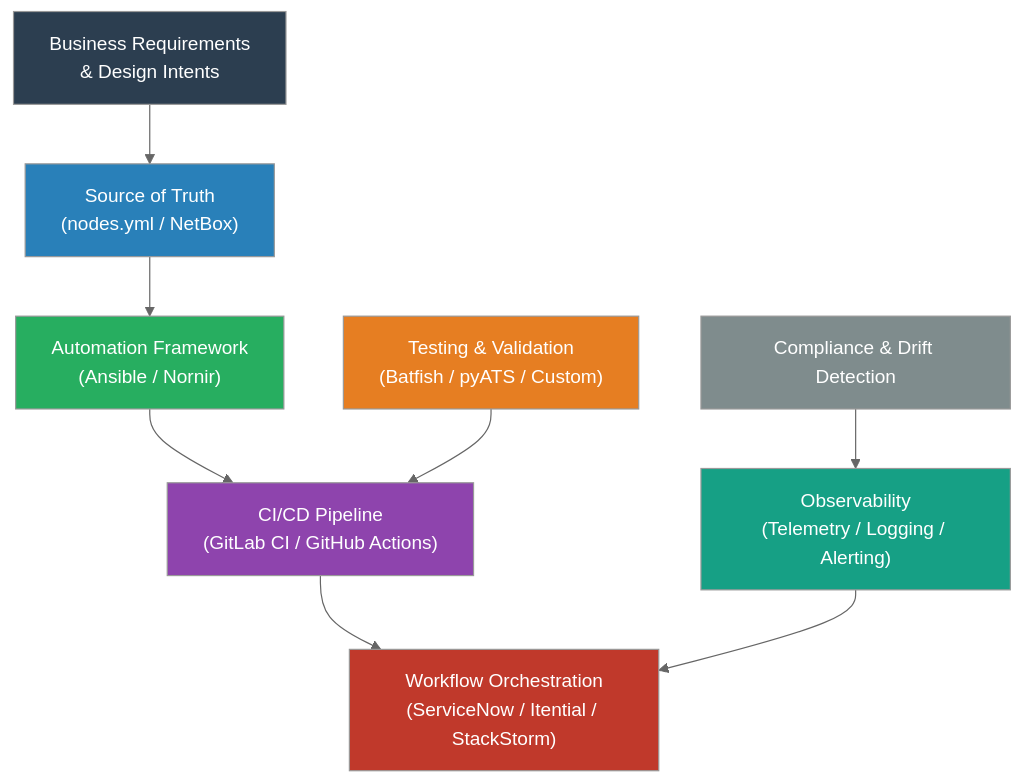
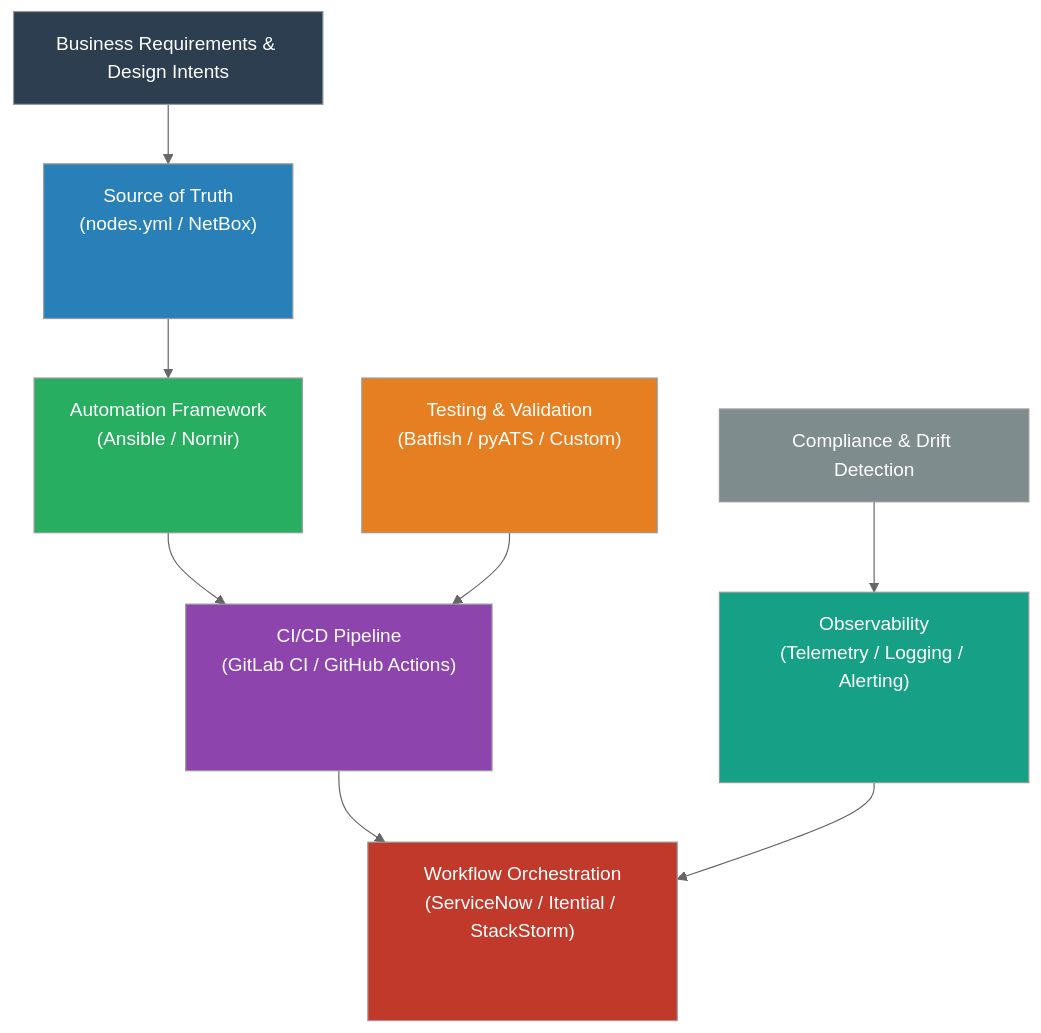
The first of 2 diagrams in 05-tooling-strategy/chapter.md (ppklau/network_automation_handbook), drawn with Mermaid (neutral theme) before and after one commit. The commit also changed 12 other files, not shown here.

Commit message:
Adjusted mermaid diagrams.

````diff
--- a/05-tooling-strategy/chapter.md
+++ b/05-tooling-strategy/chapter.md
@@ -52,28 +52,28 @@
 ```mermaid
 graph TD
-    REQ["Business Requirements<br>& Design Intents"]
-    SOT["Source of Truth<br>(nodes.yml / NetBox)"]
-    AUTO["Automation Framework<br>(Ansible / Nornir)"]
-    CICD["CI/CD Pipeline<br>(GitLab CI / GitHub Actions)"]
-    ORCH["Workflow Orchestration<br>(ServiceNow / Itential / StackStorm)"]
-    TEST["Testing & Validation<br>(Batfish / pyATS / Custom)"]
-    OBS["Observability<br>(Telemetry / Logging / Alerting)"]
+    REQ["Business Requirements & Design Intents"]
+    SOT["<div style='min-height:100px'>Source of Truth<br>(nodes.yml / NetBox)</div>"]
+    AUTO["<div style='min-height:100px'>Automation Framework<br>(Ansible / Nornir)</div>"]
+    CICD["<div style='min-height:110px'>CI/CD Pipeline<br>(GitLab CI / GitHub Actions)</div>"]
+    ORCH["<div style='min-height:120px'>Workflow Orchestration<br>(ServiceNow / Itential / StackStorm)</div>"]
+    TEST["<div style='min-height:100px'>Testing & Validation<br>(Batfish / pyATS / Custom)</div>"]
+    OBS["<div style='min-height:130px'>Observability<br>(Telemetry / Logging / Alerting)</div>"]
     SEC["Compliance & Drift Detection"]
 
     REQ --> SOT
     SOT --> AUTO
     AUTO --> CICD
     CICD --> ORCH
     TEST --> CICD
     OBS --> ORCH
     SEC --> OBS
 
     style REQ fill:#2c3e50,color:#fff
     style SOT fill:#2980b9,color:#fff
     style AUTO fill:#27ae60,color:#fff
     style CICD fill:#8e44ad,color:#fff
     style ORCH fill:#c0392b,color:#fff
     style TEST fill:#e67e22,color:#fff
     style OBS fill:#16a085,color:#fff
     style SEC fill:#7f8c8d,color:#fff
 ```
````
